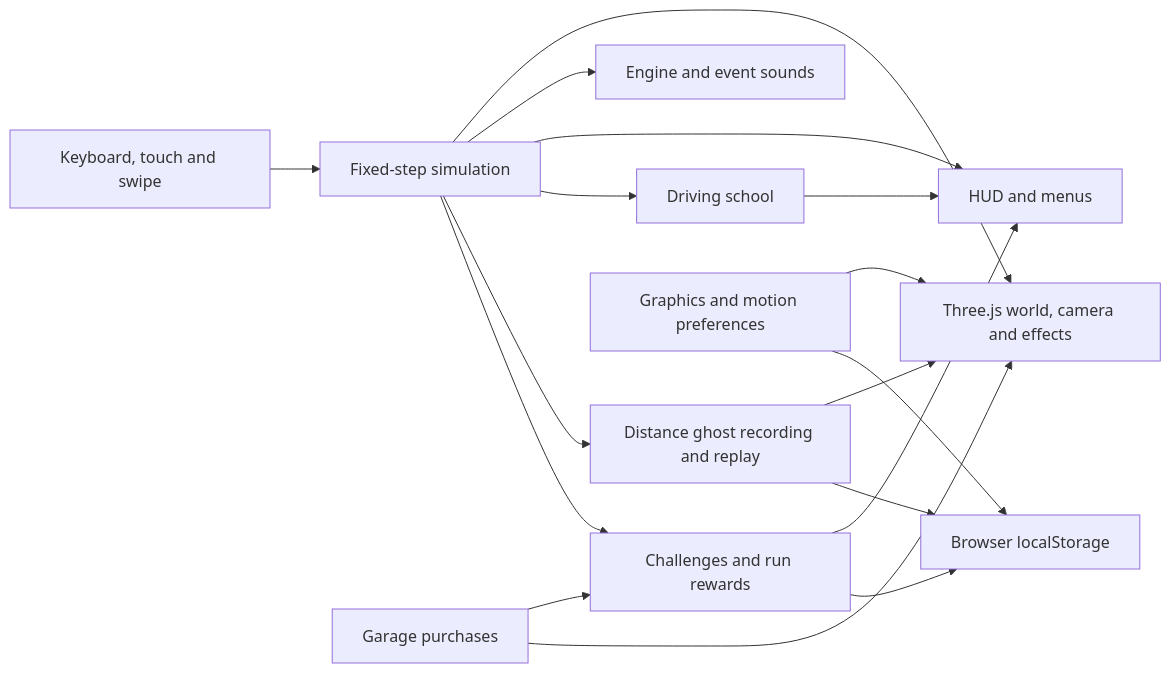
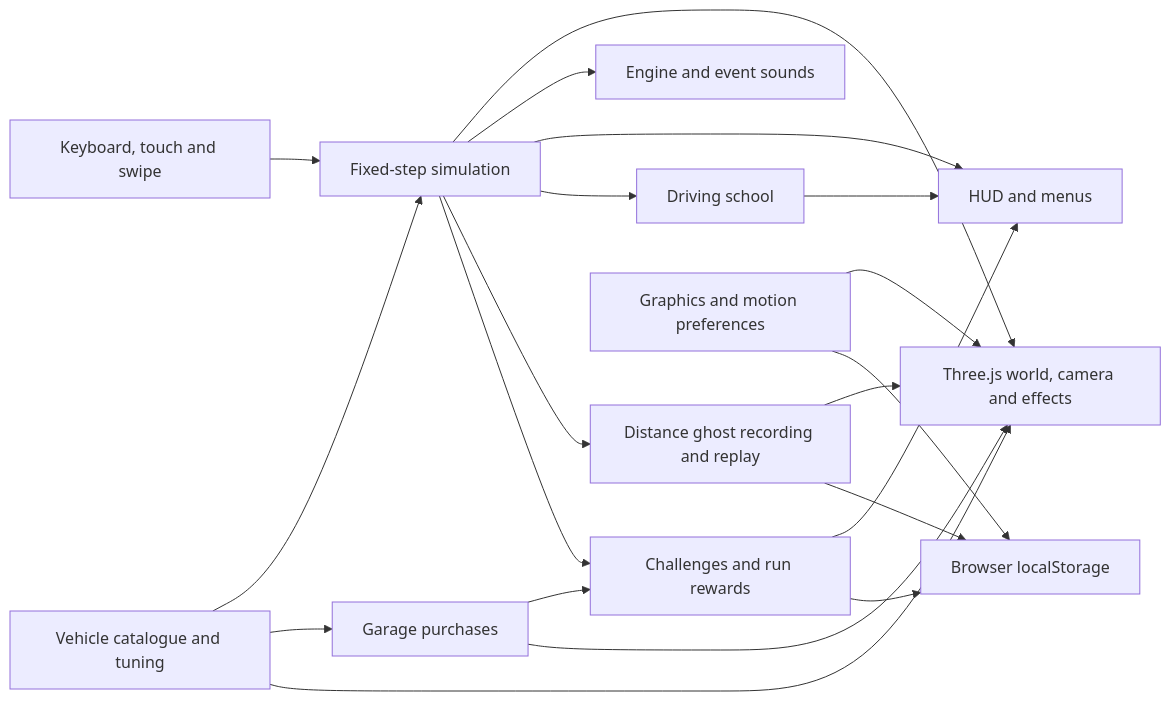
Before and after one commit to phanindra798/Flying-Car-Game: the diagram in README.md, drawn with Mermaid. The commit also changed other lines of this file and 18 other files, not shown here.

````diff
--- a/README.md
+++ b/README.md
@@ -122,19 +142,22 @@
 ```mermaid
 flowchart LR
     Input[Keyboard, touch and swipe] --> Sim[Fixed-step simulation]
+    Cars[Vehicle catalogue and tuning] --> Sim
+    Cars --> Garage
+    Cars --> World
     Sim --> World[Three.js world, camera and effects]
     Sim --> Audio[Engine and event sounds]
     Sim --> HUD[HUD and menus]
     Sim --> School[Driving school]
     School --> HUD
     Sim --> Ghost[Distance ghost recording and replay]
     Ghost --> World
     Sim --> Career[Challenges and run rewards]
     Career --> HUD
     Garage[Garage purchases] --> Career
     Garage --> World
     Settings[Graphics and motion preferences] --> World
     Ghost --> Storage[Browser localStorage]
     Career --> Storage
     Settings --> Storage
 ```
````
